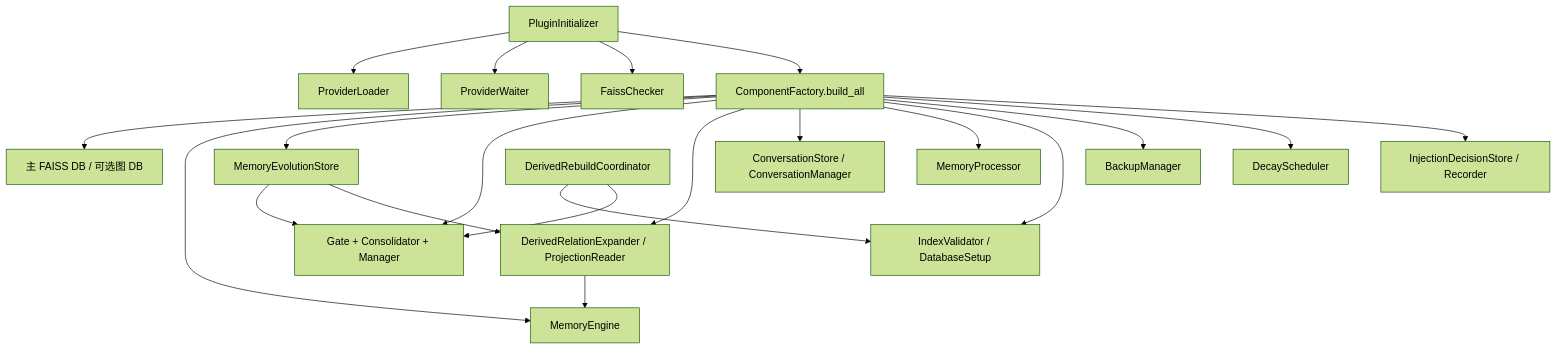
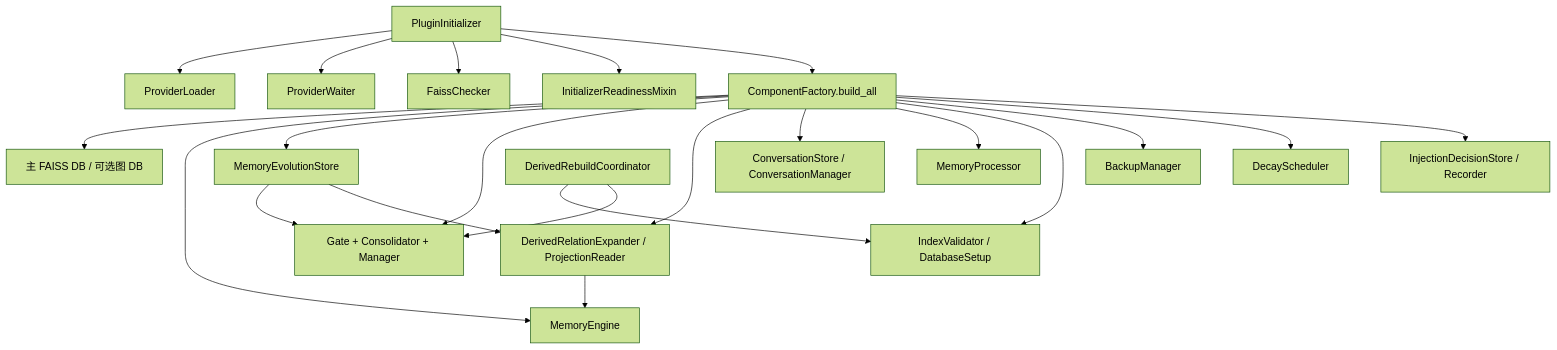
The diagram in core/initializer/AGENTS.md (INSide-734/astrbot_plugin_memora), drawn with Mermaid (forest theme) before and after one commit. The commit also changed other lines of this file and 2 other files, not shown here.

Commit message:
refactor(initializer): extract readiness lifecycle

````diff
--- a/core/initializer/AGENTS.md
+++ b/core/initializer/AGENTS.md
@@ -13,23 +13,24 @@
 ```mermaid
 flowchart TD
     PI[PluginInitializer] --> PL[ProviderLoader]
     PI --> PW[ProviderWaiter]
     PI --> FC[FaissChecker]
+    PI --> IR[InitializerReadinessMixin]
     PI --> CF[ComponentFactory.build_all]
     CF --> VDB[主 FAISS DB / 可选图 DB]
     CF --> ME[MemoryEngine]
     CF --> MES[MemoryEvolutionStore]
     CF --> MEM[Gate + Consolidator + Manager]
     CF --> DR[DerivedRelationExpander / ProjectionReader]
     MES --> MEM
     MES --> DR
     DR --> ME
     CF --> CS[ConversationStore / ConversationManager]
     CF --> MP[MemoryProcessor]
     CF --> IV[IndexValidator / DatabaseSetup]
     DRC[DerivedRebuildCoordinator] --> IV
     DRC --> MEM
     CF --> BM[BackupManager]
     CF --> DS[DecayScheduler]
     CF --> IDS[InjectionDecisionStore / Recorder]
 ```
````
